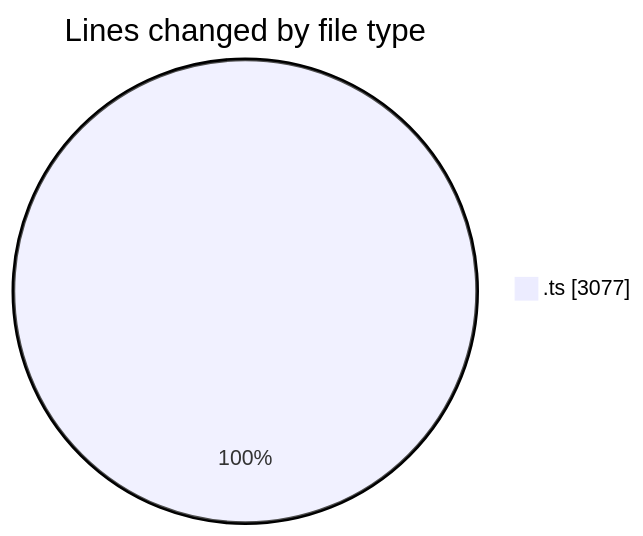
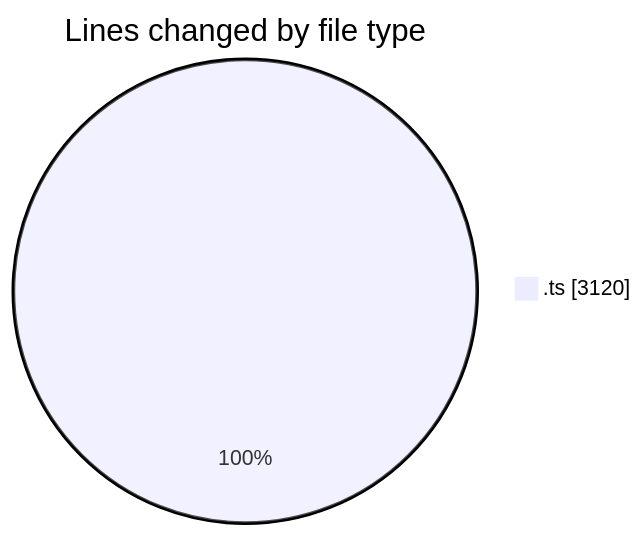
Before and after one commit to momahboobian/code-tracking: the first of 2 diagrams in 2025-06-27/cda/README.md, drawn with Mermaid. The commit also changed other lines of this file and 1 other file, not shown here.

````diff
--- a/2025-06-27/cda/README.md
+++ b/2025-06-27/cda/README.md
@@ -26,5 +26,5 @@
 ```mermaid
 pie showData
 title Lines changed by file type
-".ts" : 3077
+".ts" : 3120
 ```
````
